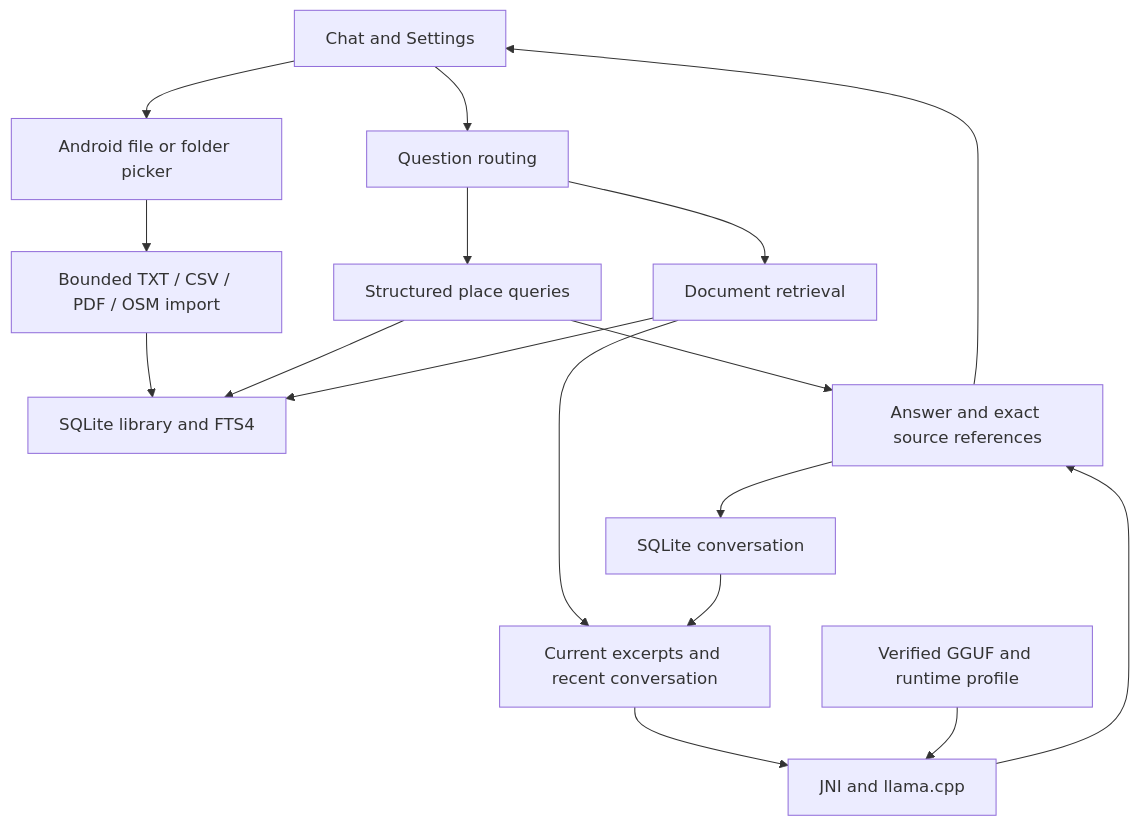
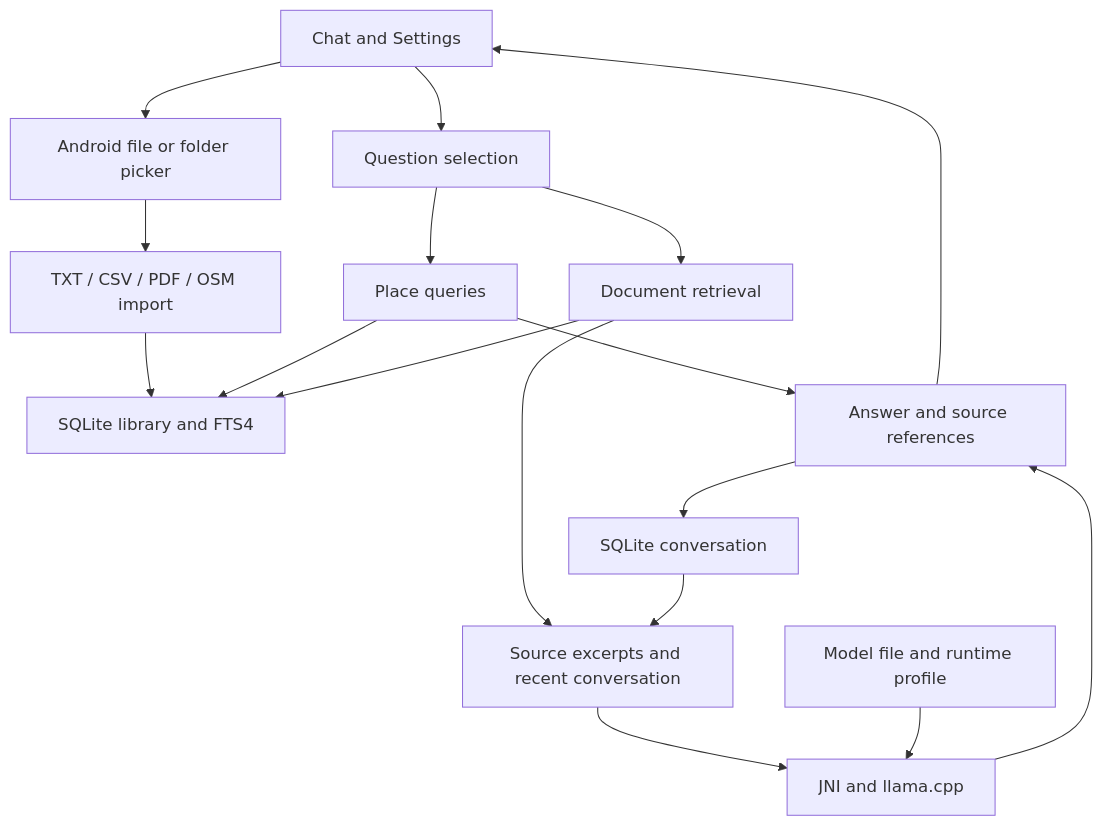
Before and after one commit to nicoarias81/outpost: the diagram in docs/architecture.md, drawn with Mermaid. The commit also changed other lines of this file and 4 other files, not shown here.

````diff
--- a/docs/architecture.md
+++ b/docs/architecture.md
@@ -5,19 +7,19 @@
 ```mermaid
 flowchart TD
     UI[Chat and Settings] --> Import[Android file or folder picker]
-    Import --> Parse[Bounded TXT / CSV / PDF / OSM import]
+    Import --> Parse[TXT / CSV / PDF / OSM import]
     Parse --> DB[SQLite library and FTS4]
-    UI --> Route[Question routing]
-    Route --> Places[Structured place queries]
+    UI --> Route[Question selection]
+    Route --> Places[Place queries]
     Places --> DB
-    Places --> Answer[Answer and exact source references]
+    Places --> Answer[Answer and source references]
     Route --> Retrieve[Document retrieval]
     Retrieve --> DB
-    Retrieve --> Prompt[Current excerpts and recent conversation]
+    Retrieve --> Prompt[Source excerpts and recent conversation]
     Chat[SQLite conversation] --> Prompt
     Prompt --> Native[JNI and llama.cpp]
-    Model[Verified GGUF and runtime profile] --> Native
+    Model[Model file and runtime profile] --> Native
     Native --> Answer
     Answer --> UI
     Answer --> Chat
 ```
````
